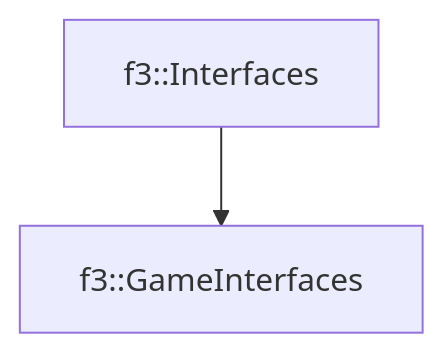
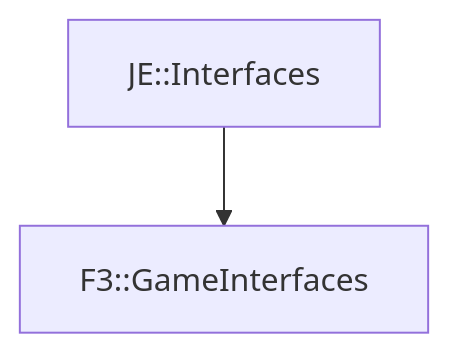
The diagram in docs/f3/GameInterfaces.md (OpenJE/openvb), drawn with Mermaid before and after one commit. The commit also changed other lines of this file and 1399 other files, not shown here.

````diff
--- a/docs/f3/GameInterfaces.md
+++ b/docs/f3/GameInterfaces.md
@@ -16,4 +16,4 @@
 ```mermaid
 graph TD;
-    f3::Interfaces --> f3::GameInterfaces
+    JE::Interfaces --> F3::GameInterfaces
 ```
````
